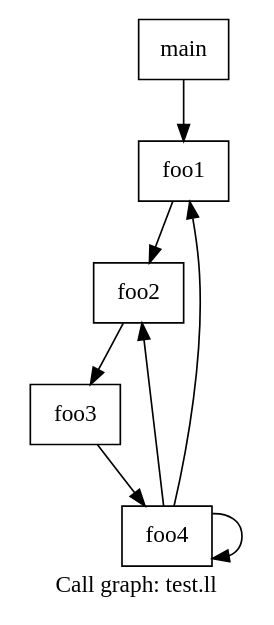
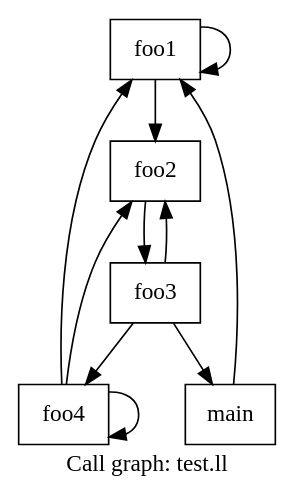
One commit to ayush-qubit/Testing changed the diagram in test.ll.callgraph.dot. Above: the diagram before and after it, drawn with Graphviz. The commit also changed 9 other files, not shown here.

```diff
--- a/test.ll.callgraph.dot
+++ b/test.ll.callgraph.dot
@@ -1,16 +1,19 @@
 digraph "Call graph: test.ll" {
 	label="Call graph: test.ll";
 
-	Node0x1fba180 [shape=record,label="{foo1}"];
-	Node0x1fba180 -> Node0x1fba200;
-	Node0x1fba200 [shape=record,label="{foo2}"];
-	Node0x1fba200 -> Node0x1fba720;
-	Node0x1fba720 [shape=record,label="{foo3}"];
-	Node0x1fba720 -> Node0x1fba850;
-	Node0x1fba850 [shape=record,label="{foo4}"];
-	Node0x1fba850 -> Node0x1fba180;
-	Node0x1fba850 -> Node0x1fba200;
-	Node0x1fba850 -> Node0x1fba850;
-	Node0x1fba9e0 [shape=record,label="{main}"];
-	Node0x1fba9e0 -> Node0x1fba180;
+	Node0x199d650 [shape=record,label="{foo1}"];
+	Node0x199d650 -> Node0x199d6d0;
+	Node0x199d650 -> Node0x199d650;
+	Node0x199d6d0 [shape=record,label="{foo2}"];
+	Node0x199d6d0 -> Node0x199dca0;
+	Node0x199dca0 [shape=record,label="{foo3}"];
+	Node0x199dca0 -> Node0x199ddd0;
+	Node0x199dca0 -> Node0x199d6d0;
+	Node0x199dca0 -> Node0x199de50;
+	Node0x199ddd0 [shape=record,label="{foo4}"];
+	Node0x199ddd0 -> Node0x199d650;
+	Node0x199ddd0 -> Node0x199d6d0;
+	Node0x199ddd0 -> Node0x199ddd0;
+	Node0x199de50 [shape=record,label="{main}"];
+	Node0x199de50 -> Node0x199d650;
 }
```
